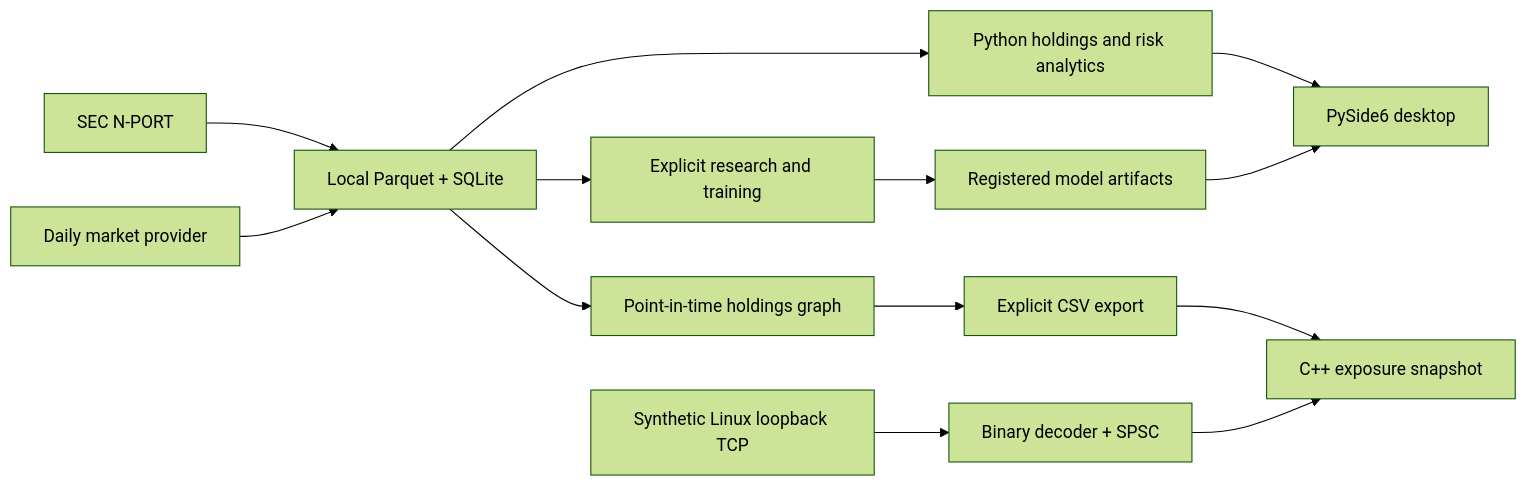
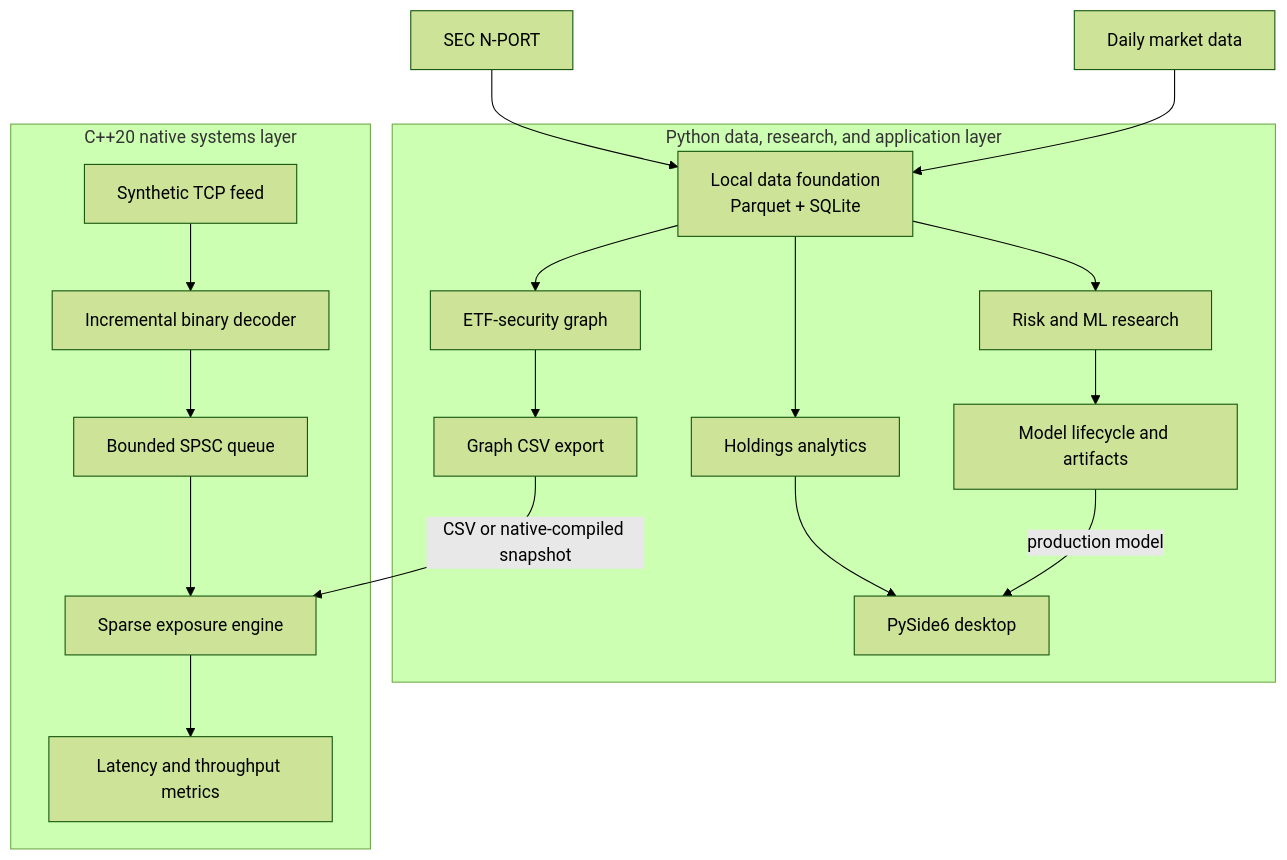
Before and after one commit to Onwcan/ETF_Genome: the diagram in README.md, drawn with Mermaid (forest theme). The commit also changed other lines of this file and 33 other files, not shown here.

First line of the commit message:
docs: consolidate project documentation and roadmap

````diff
--- a/README.md
+++ b/README.md
@@ -25,15 +31,35 @@
 ```mermaid
-flowchart LR
-    SEC[SEC N-PORT] --> STORE[Local Parquet + SQLite]
-    MARKET[Daily market provider] --> STORE
-    STORE --> ANALYTICS[Python holdings and risk analytics]
-    ANALYTICS --> DESKTOP[PySide6 desktop]
-    STORE --> TRAIN[Explicit research and training]
-    TRAIN --> MODELS[Registered model artifacts]
-    MODELS --> DESKTOP
-    STORE --> GRAPH[Point-in-time holdings graph]
-    GRAPH --> EXPORT[Explicit CSV export]
-    EXPORT --> NATIVE[C++ exposure snapshot]
-    FEED[Synthetic Linux loopback TCP] --> DECODE[Binary decoder + SPSC]
-    DECODE --> NATIVE
+flowchart TB
+    SEC["SEC N-PORT"]
+    MARKET["Daily market data"]
+
+    subgraph PYTHON["Python data, research, and application layer"]
+        STORE["Local data foundation<br/>Parquet + SQLite"]
+        ANALYTICS["Holdings analytics"]
+        RESEARCH["Risk and ML research"]
+        GRAPH["ETF-security graph"]
+        MODELS["Model lifecycle and artifacts"]
+        DESKTOP["PySide6 desktop"]
+        EXPORT["Graph CSV export"]
+        STORE --> ANALYTICS
+        STORE --> RESEARCH
+        STORE --> GRAPH
+        RESEARCH --> MODELS
+        ANALYTICS --> DESKTOP
+        MODELS -->|"production model"| DESKTOP
+        GRAPH --> EXPORT
+    end
+
+    subgraph NATIVE["C++20 native systems layer"]
+        FEED["Synthetic TCP feed"]
+        DECODER["Incremental binary decoder"]
+        QUEUE["Bounded SPSC queue"]
+        EXPOSURE["Sparse exposure engine"]
+        METRICS["Latency and throughput metrics"]
+        FEED --> DECODER --> QUEUE --> EXPOSURE --> METRICS
+    end
+
+    SEC --> STORE
+    MARKET --> STORE
+    EXPORT -->|"CSV or native-compiled snapshot"| EXPOSURE
 ```
````
